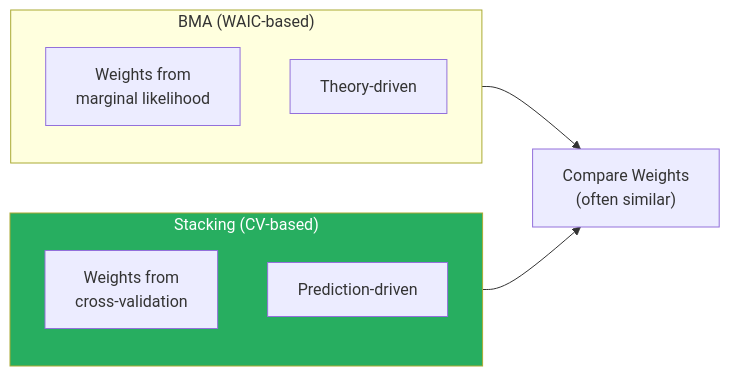
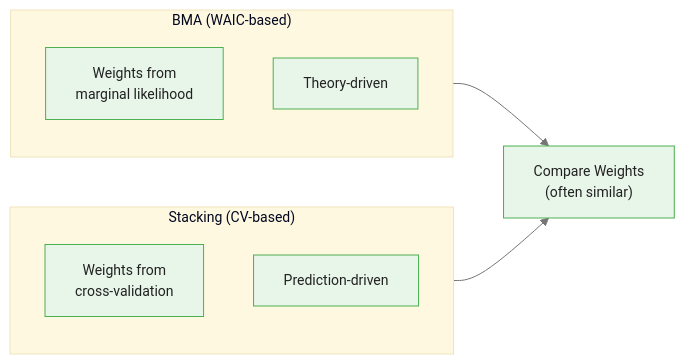
The third of 4 diagrams in courses/bayesian-commodity-forecasting/modules/module_08_fundamentals_integration/guides/03_bayesian_model_averaging_slides.md (m-deane/course-creator), drawn with Mermaid before and after one commit. The commit also changed other lines of this file and 104 other files, not shown here.

````diff
--- a/courses/bayesian-commodity-forecasting/modules/module_08_fundamentals_integration/guides/03_bayesian_model_averaging_slides.md
+++ b/courses/bayesian-commodity-forecasting/modules/module_08_fundamentals_integration/guides/03_bayesian_model_averaging_slides.md
@@ -222,14 +235,14 @@
 ```mermaid
+%%{init: {"theme": "base", "themeVariables": {"primaryColor": "#e8f5e9", "primaryBorderColor": "#4caf50", "primaryTextColor": "#212121", "secondaryColor": "#e3f2fd", "tertiaryColor": "#fff8e1", "lineColor": "#757575", "fontFamily": "Inter, sans-serif", "fontSize": "14px"}}}%%
 flowchart LR
     subgraph WAIC_BMA["BMA (WAIC-based)"]
         W1["Weights from\nmarginal likelihood"]
         W2["Theory-driven"]
     end
     subgraph Stacking["Stacking (CV-based)"]
         S1["Weights from\ncross-validation"]
         S2["Prediction-driven"]
     end
     WAIC_BMA --> COMPARE["Compare Weights\n(often similar)"]
     Stacking --> COMPARE
-    style Stacking fill:#27ae60,color:#fff
 ```
````
